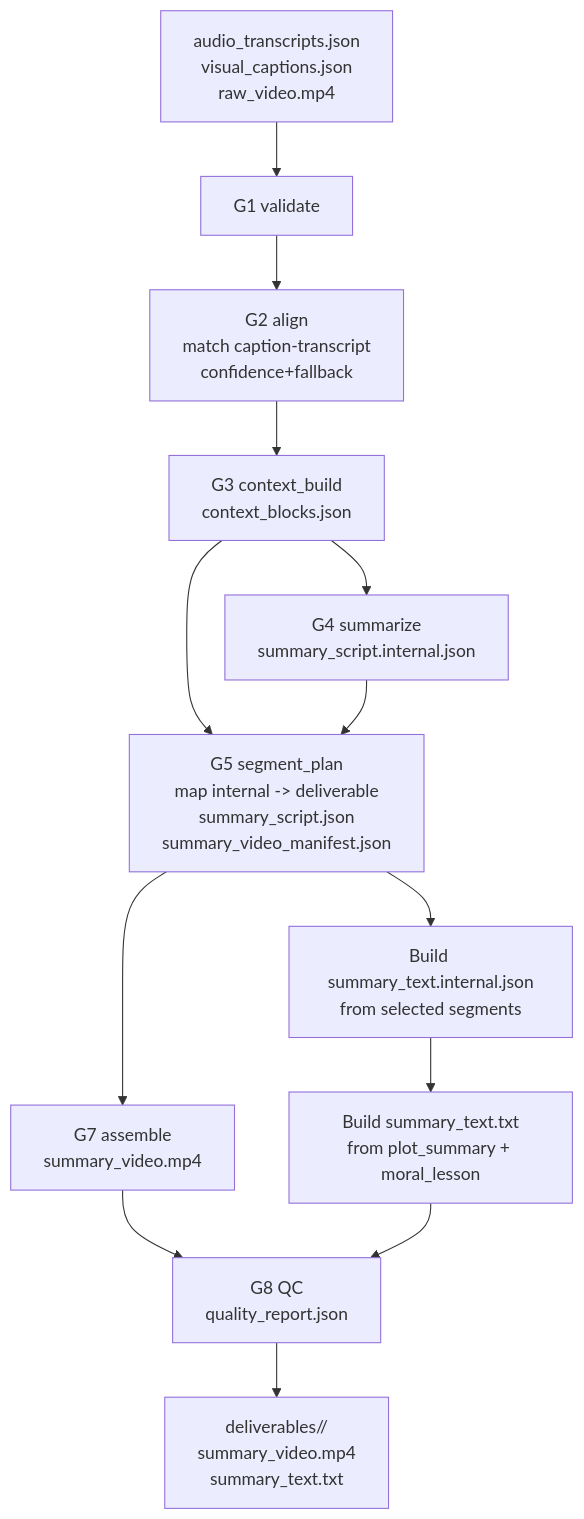
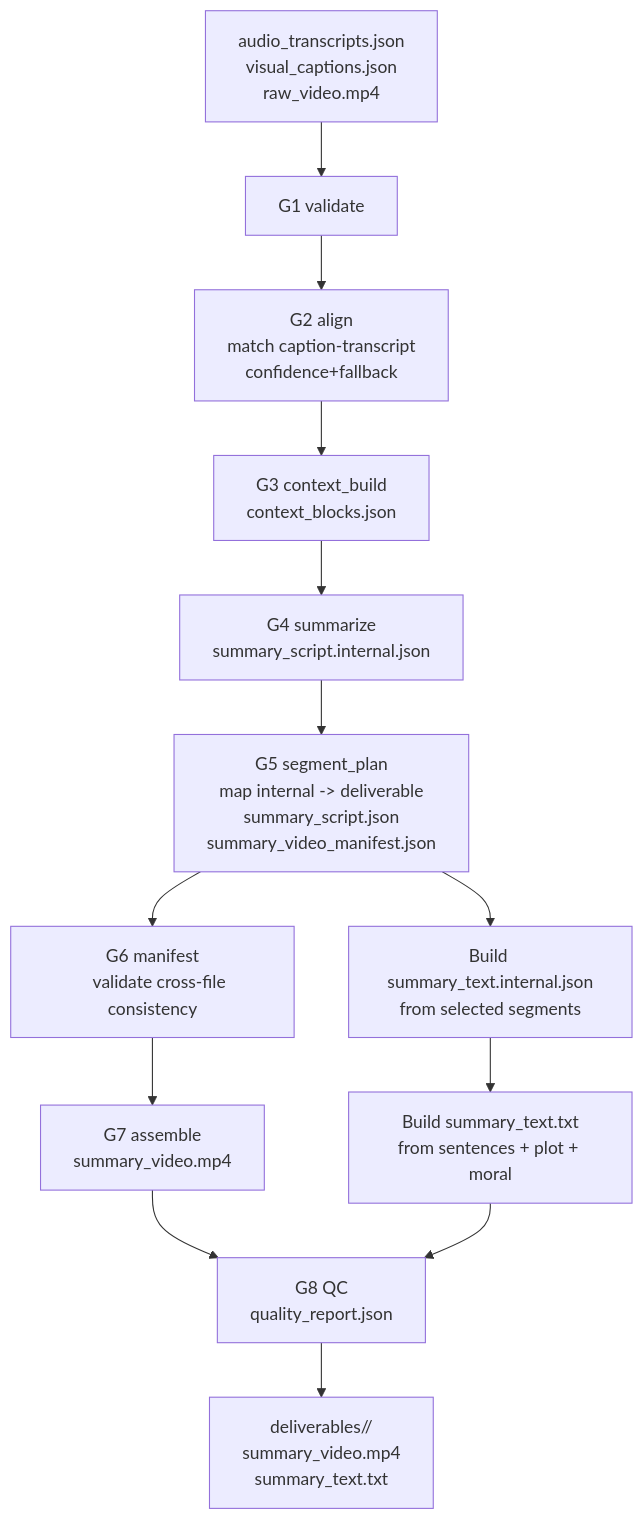
Before and after one commit to TCTri205/video-summary: the first of 3 diagrams in docs/Reasoning-NLP/pipeline-flow-and-grounding.md, drawn with Mermaid. The commit also changed other lines of this file and 9 other files, not shown here.

````diff
--- a/docs/Reasoning-NLP/pipeline-flow-and-grounding.md
+++ b/docs/Reasoning-NLP/pipeline-flow-and-grounding.md
@@ -7,15 +8,17 @@
 ```mermaid
 flowchart TD
     A[audio_transcripts.json\nvisual_captions.json\nraw_video.mp4] --> B[G1 validate]
     B --> C[G2 align\nmatch caption-transcript\nconfidence+fallback]
     C --> D[G3 context_build\ncontext_blocks.json]
     D --> E[G4 summarize\nsummary_script.internal.json]
-    D --> F[G5 segment_plan\nmap internal -> deliverable\nsummary_script.json\nsummary_video_manifest.json]
-    E --> F
-    F --> G[G7 assemble\nsummary_video.mp4]
+    E --> F[G5 segment_plan\nmap internal -> deliverable\nsummary_script.json\nsummary_video_manifest.json]
+    F --> M[G6 manifest
+    validate cross-file consistency]
+    M --> G[G7 assemble
+    summary_video.mp4]
     F --> H[Build summary_text.internal.json\nfrom selected segments]
-    H --> I[Build summary_text.txt\nfrom plot_summary + moral_lesson]
+    H --> I[Build summary_text.txt\nfrom sentences + plot + moral]
     G --> J[G8 QC\nquality_report.json]
     I --> J
     J --> K[deliverables/<run_id>/\nsummary_video.mp4\nsummary_text.txt]
 ```
````
